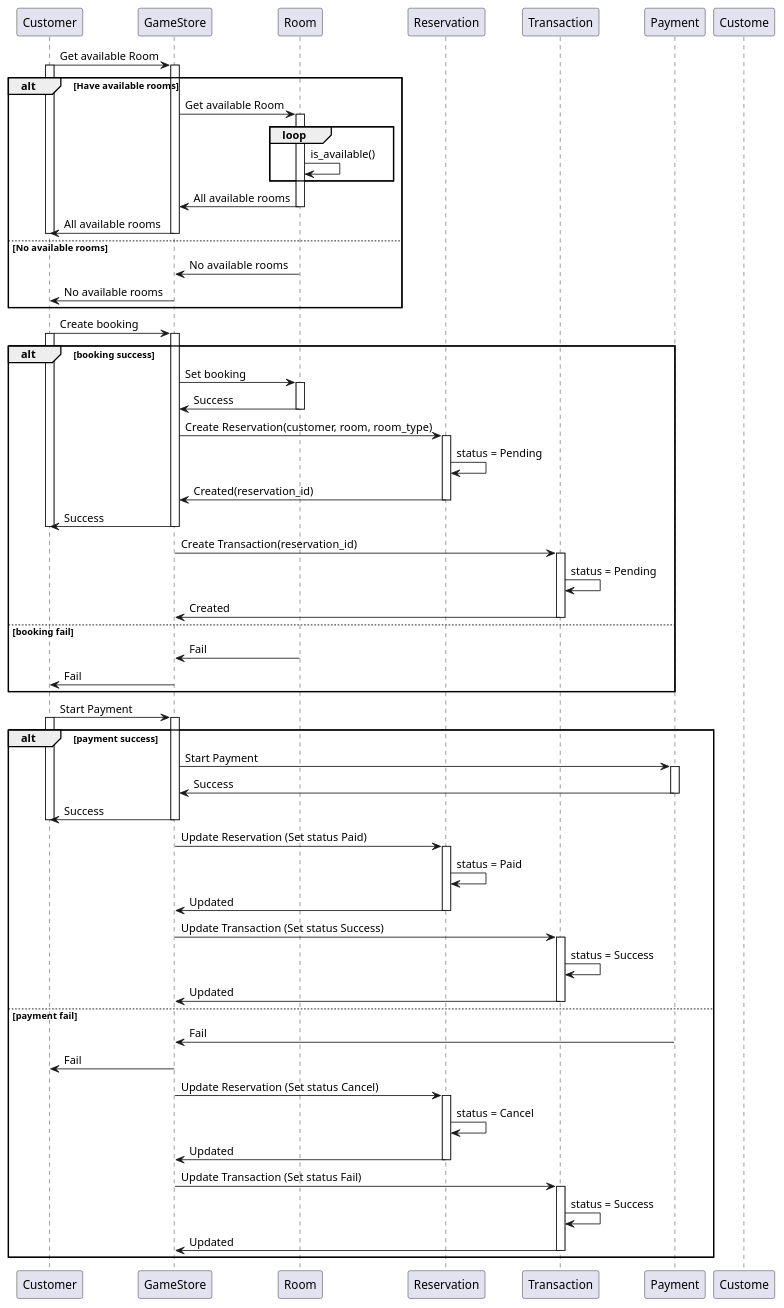
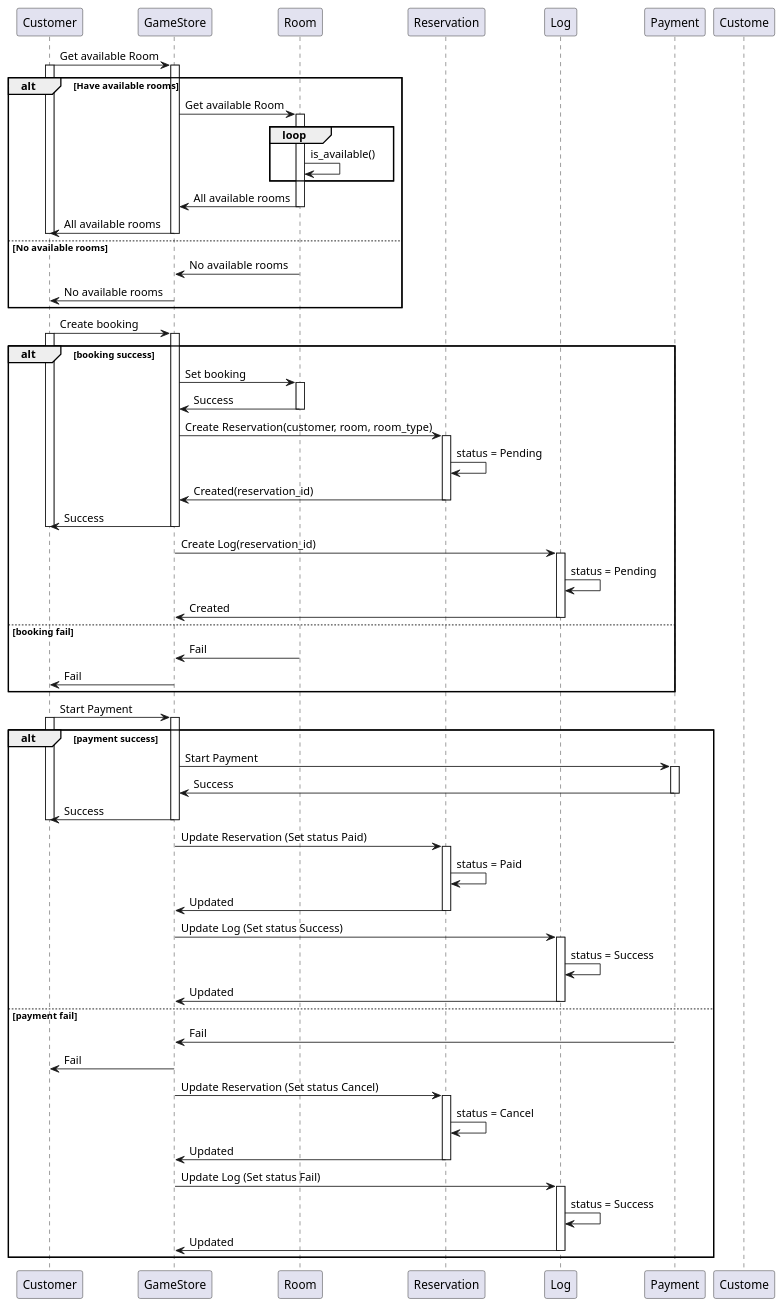
The diagram in SequenceDiagram/sequence_diagram.puml (WaroonRagwongsiri/OOP_Project), drawn with PlantUML before and after one commit. The commit also changed 7 other files, not shown here.

```diff
--- a/SequenceDiagram/sequence_diagram.puml
+++ b/SequenceDiagram/sequence_diagram.puml
@@ -1,116 +1,116 @@
 @startuml UsecaseSequenceDiagram
 
 Customer -> GameStore : Get available Room
 activate Customer
 activate GameStore
 
 alt Have available rooms
 
 	GameStore -> Room : Get available Room
 	activate Room
 
 	loop
 		Room -> Room : is_available()
 	end
 
 	Room -> GameStore : All available rooms
 	deactivate Room
 
 	GameStore -> Customer : All available rooms
 	deactivate GameStore
 	deactivate Customer
 
 else No available rooms
 
 	Room -> GameStore : No available rooms
 	GameStore -> Customer : No available rooms
 	deactivate GameStore
 	deactivate Customer
 
 end
 
 Customer -> GameStore : Create booking
 activate Customer
 activate GameStore
 
 alt booking success
 
 	GameStore -> Room : Set booking
 	activate Room
 	Room -> GameStore : Success
 	deactivate Room
 
 	GameStore -> Reservation : Create Reservation(customer, room, room_type)
 	activate Reservation
 	Reservation -> Reservation : status = Pending
 	Reservation -> GameStore : Created(reservation_id)
 	deactivate Reservation
 
 	GameStore -> Customer : Success
 	deactivate GameStore
 	deactivate Customer
 
-	GameStore -> Transaction : Create Transaction(reservation_id)
-	activate Transaction
-	Transaction -> Transaction : status = Pending
-	Transaction -> GameStore : Created
-	deactivate Transaction
+	GameStore -> Log : Create Log(reservation_id)
+	activate Log
+	Log -> Log : status = Pending
+	Log -> GameStore : Created
+	deactivate Log
 
 else booking fail
 
 	Room -> GameStore : Fail
 	GameStore -> Customer : Fail
 	deactivate GameStore
 	deactivate Customer
 
 end
 
 Customer -> GameStore : Start Payment
 activate Customer
 activate GameStore
 
 alt payment success
 
 	GameStore -> Payment : Start Payment
 	activate Payment
 	Payment -> GameStore : Success
 	deactivate Payment
 
 	GameStore -> Customer : Success
 	deactivate GameStore
 	deactivate Customer
 
 	GameStore -> Reservation : Update Reservation (Set status Paid)
 	activate Reservation
 	Reservation -> Reservation : status = Paid
 	Reservation -> GameStore : Updated
 	deactivate Reservation
 
-	GameStore -> Transaction : Update Transaction (Set status Success)
-	activate Transaction
-	Transaction -> Transaction : status = Success
-	Transaction -> GameStore : Updated
-	deactivate Transaction
+	GameStore -> Log : Update Log (Set status Success)
+	activate Log
+	Log -> Log : status = Success
+	Log -> GameStore : Updated
+	deactivate Log
 
 else payment fail
 
 	Payment -> GameStore : Fail
 	GameStore -> Customer : Fail
 	deactivate GameStore
 	deactivate Custome
 
 	GameStore -> Reservation : Update Reservation (Set status Cancel)
 	activate Reservation
 	Reservation -> Reservation : status = Cancel
 	Reservation -> GameStore : Updated
 	deactivate Reservation
 
-	GameStore -> Transaction : Update Transaction (Set status Fail)
-	activate Transaction
-	Transaction -> Transaction : status = Success
-	Transaction -> GameStore : Updated
-	deactivate Transaction
+	GameStore -> Log : Update Log (Set status Fail)
+	activate Log
+	Log -> Log : status = Success
+	Log -> GameStore : Updated
+	deactivate Log
 
 end
 
 @enduml
```
